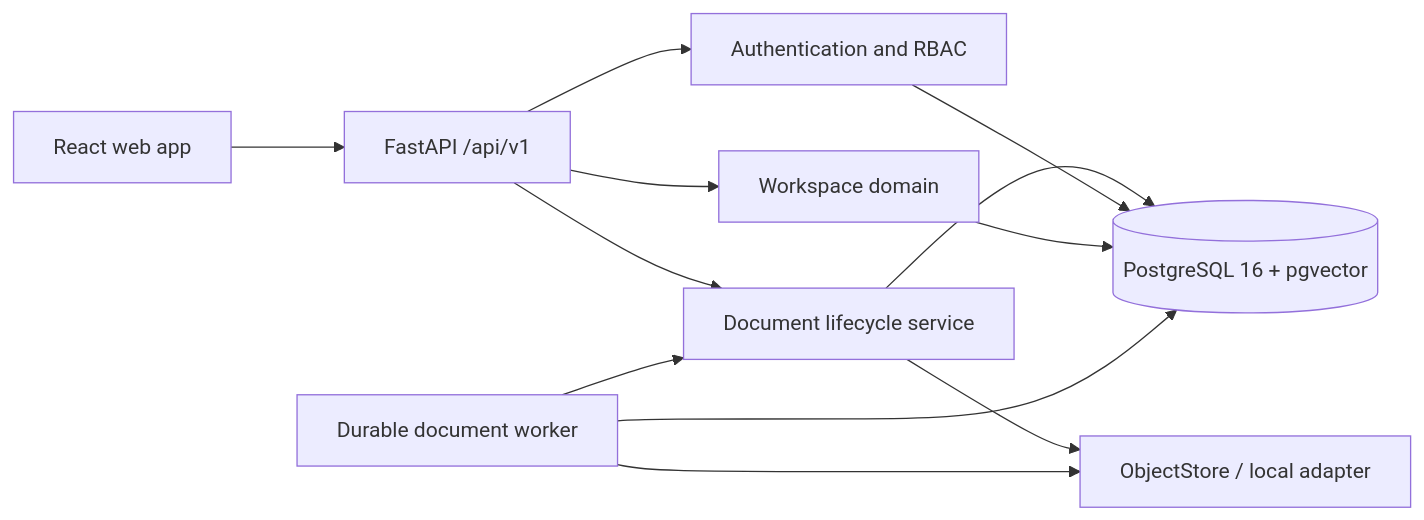
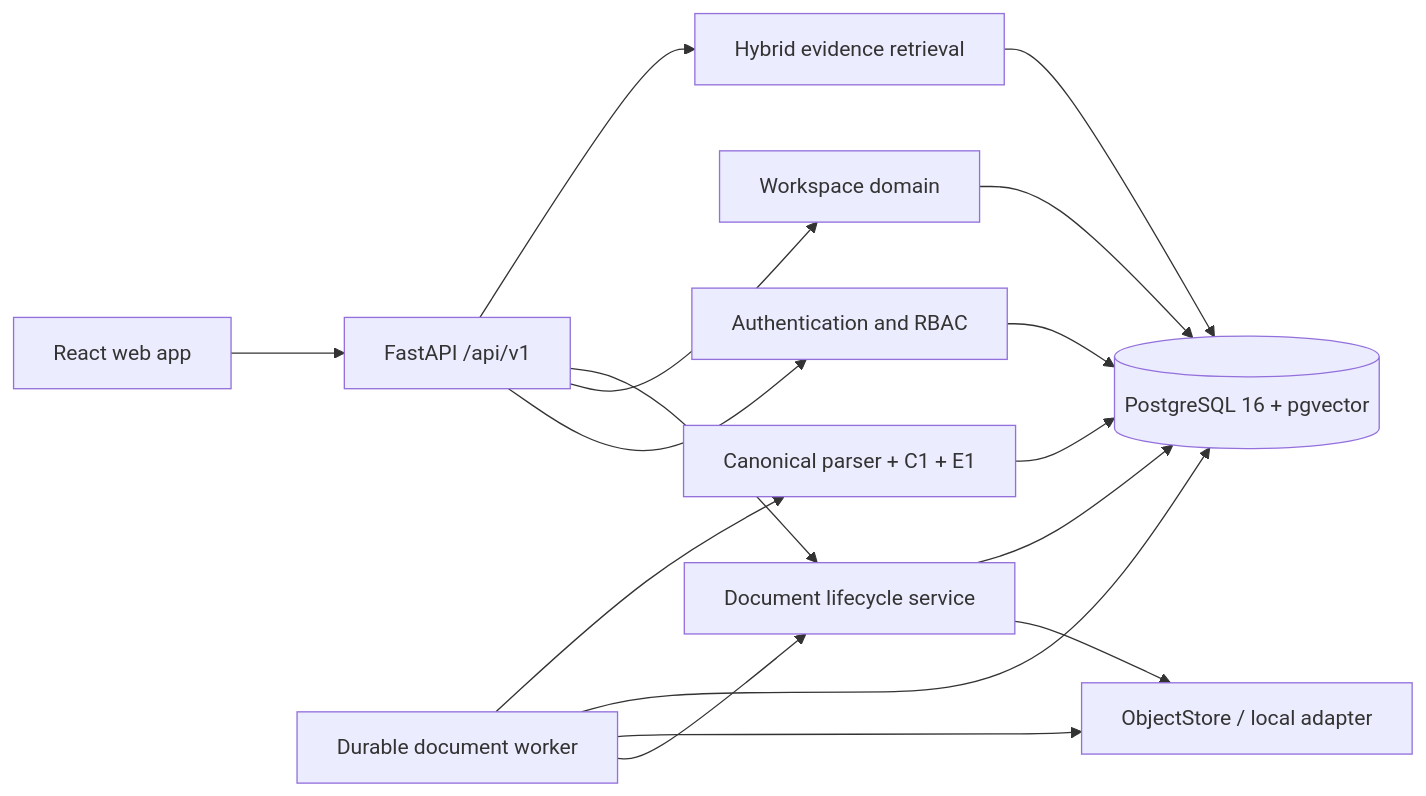
Before and after one commit to xyoooo/ai_customer_support: the diagram in docs/architecture/overview.md, drawn with Mermaid. The commit also changed other lines of this file and 44 other files, not shown here.

````diff
--- a/docs/architecture/overview.md
+++ b/docs/architecture/overview.md
@@ -7,14 +7,18 @@
 ```mermaid
 flowchart LR
     Browser["React web app"] --> API["FastAPI /api/v1"]
     API --> Auth["Authentication and RBAC"]
     API --> Domain["Workspace domain"]
     API --> Documents["Document lifecycle service"]
     Documents --> Store["ObjectStore / local adapter"]
     Documents --> DB
     Auth --> DB[("PostgreSQL 16 + pgvector")]
     Domain --> DB
     Worker["Durable document worker"] --> Documents
     Worker --> Store
     Worker --> DB
+    Worker --> RAG["Canonical parser + C1 + E1"]
+    RAG --> DB
+    API --> Retrieval["Hybrid evidence retrieval"]
+    Retrieval --> DB
 ```
````
